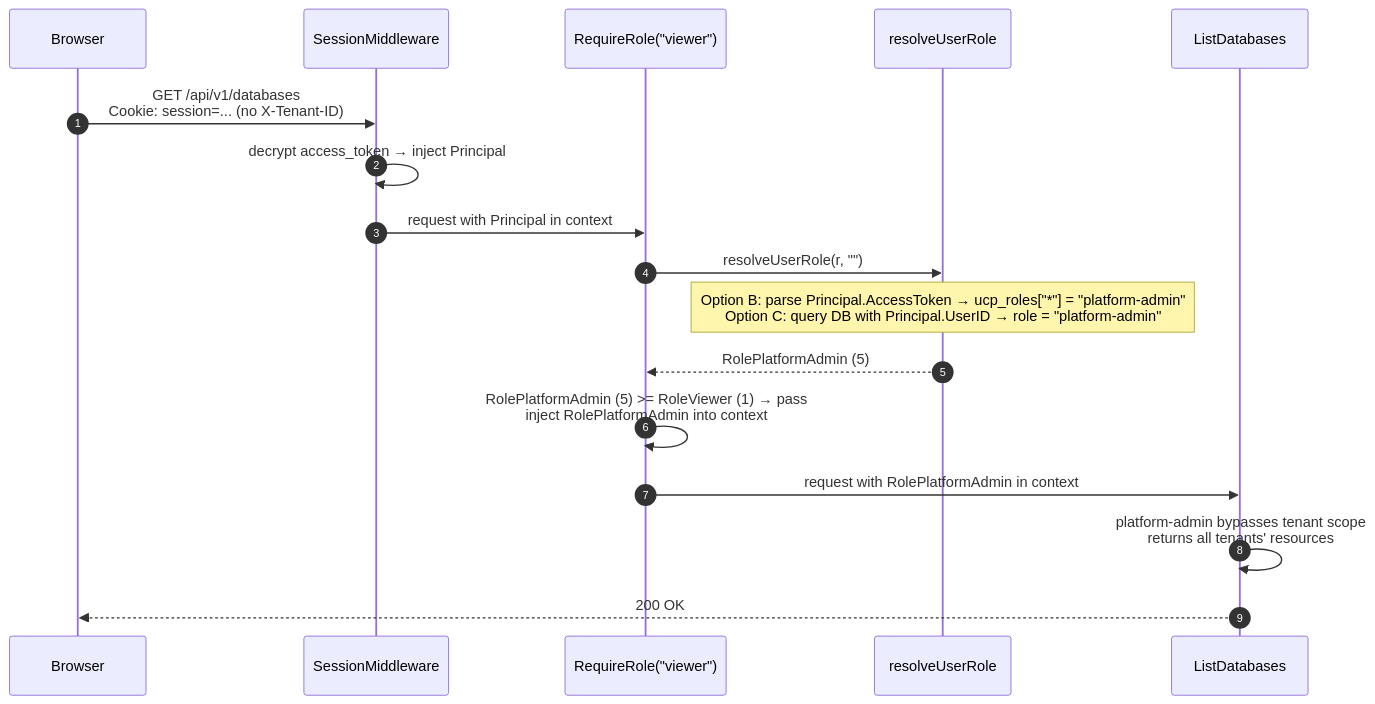
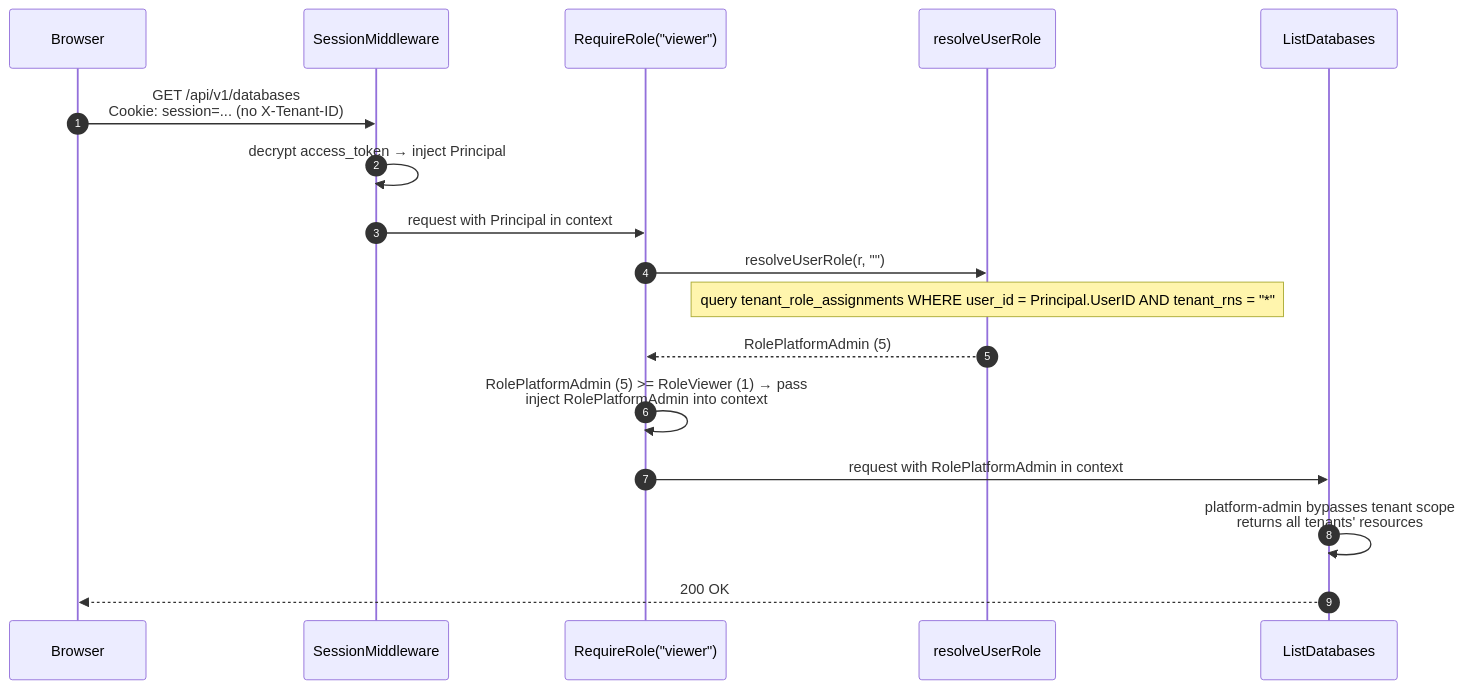
Before and after one commit to aripermana-putra/ucp-docs-collection: the fourth of 4 diagrams in docs/projects/universal-control-plane-ucp/pocs/rbac/implementation.md, drawn with Mermaid. The commit also changed other lines of this file and 1 other file, not shown here.

Commit message:
MCUCP-191: Replace all 'chosen approach' / Option B/C references with UCP database (decided)

````diff
--- a/docs/projects/universal-control-plane-ucp/pocs/rbac/implementation.md
+++ b/docs/projects/universal-control-plane-ucp/pocs/rbac/implementation.md
@@ -237,23 +237,23 @@
 ```mermaid
 sequenceDiagram
     autonumber
 
     participant Browser
     participant Session as SessionMiddleware
     participant Middleware as RequireRole("viewer")
     participant Resolver as resolveUserRole
     participant Handler as ListDatabases
 
     Browser->>Session: GET /api/v1/databases<br/>Cookie: session=... (no X-Tenant-ID)
     Session->>Session: decrypt access_token → inject Principal
     Session->>Middleware: request with Principal in context
 
     Middleware->>Resolver: resolveUserRole(r, "")
-    Note over Resolver: Option B: parse Principal.AccessToken → ucp_roles["*"] = "platform-admin"<br/>Option C: query DB with Principal.UserID → role = "platform-admin"
+    Note over Resolver: query tenant_role_assignments WHERE user_id = Principal.UserID AND tenant_rns = "*"
     Resolver-->>Middleware: RolePlatformAdmin (5)
 
     Middleware->>Middleware: RolePlatformAdmin (5) >= RoleViewer (1) → pass<br/>inject RolePlatformAdmin into context
     Middleware->>Handler: request with RolePlatformAdmin in context
     Handler->>Handler: platform-admin bypasses tenant scope<br/>returns all tenants' resources
     Handler-->>Browser: 200 OK
 ```
````
